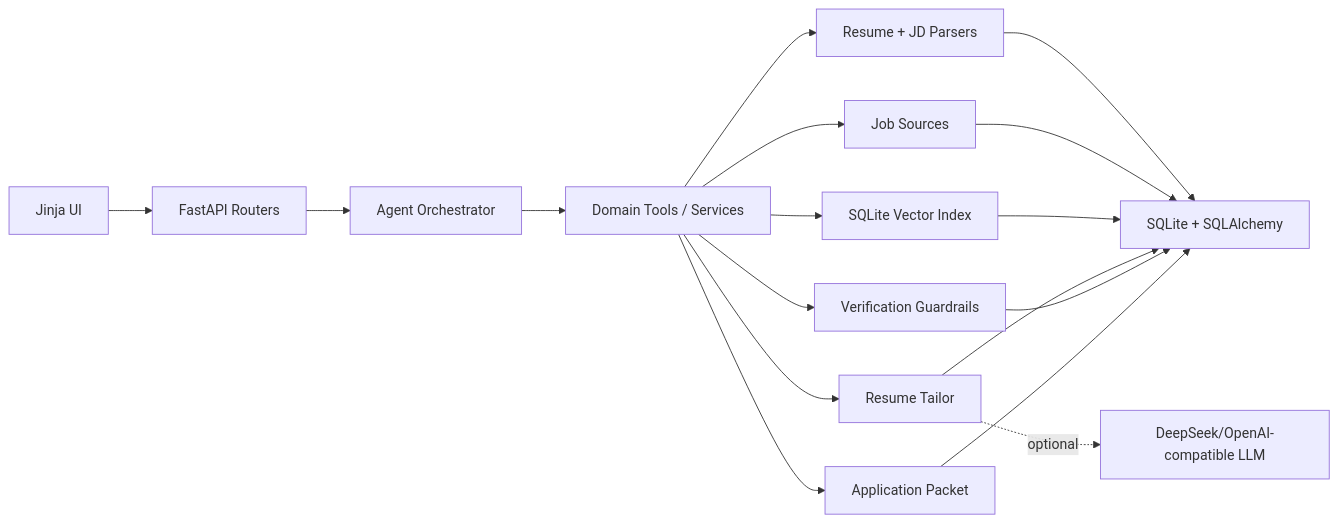
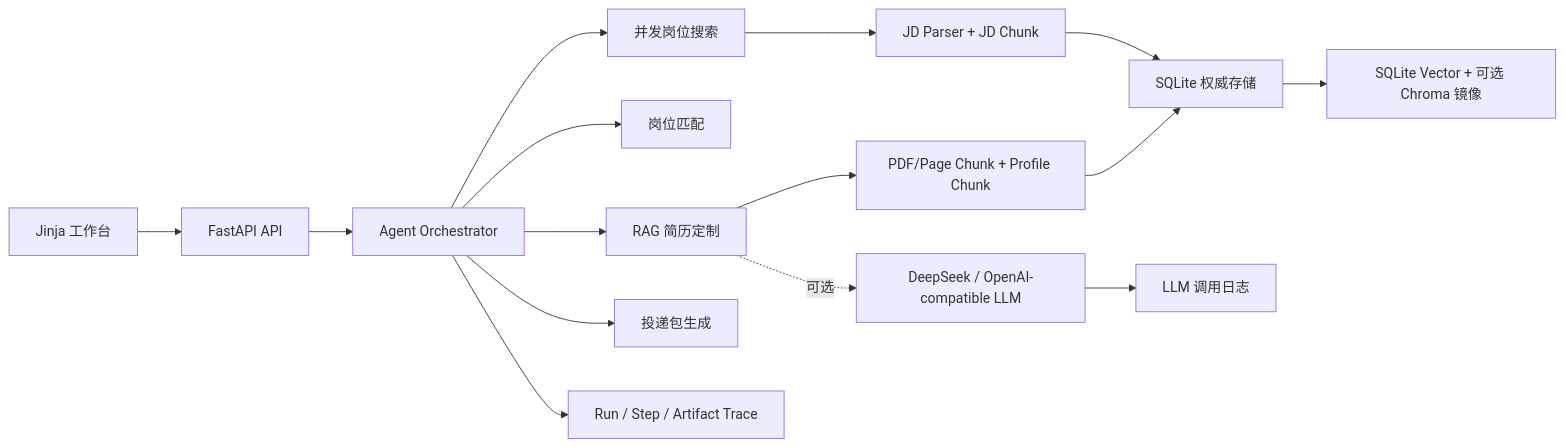
The diagram in README.md (Yonhen233/CareerAgent), drawn with Mermaid before and after one commit. The commit also changed other lines of this file and 29 other files, not shown here.

Commit message:
Enhance RAG architecture and Chinese docs

````diff
--- a/README.md
+++ b/README.md
@@ -25,19 +38,17 @@
 ```mermaid
 flowchart LR
-    UI["Jinja UI"] --> API["FastAPI Routers"]
+    UI["Jinja 工作台"] --> API["FastAPI API"]
     API --> Agent["Agent Orchestrator"]
-    Agent --> Tools["Domain Tools / Services"]
-    Tools --> Parser["Resume + JD Parsers"]
-    Tools --> Search["Job Sources"]
-    Tools --> RAG["SQLite Vector Index"]
-    Tools --> Tailor["Resume Tailor"]
-    Tools --> Guardrails["Verification Guardrails"]
-    Tools --> Apply["Application Packet"]
-    Parser --> DB["SQLite + SQLAlchemy"]
-    Search --> DB
-    RAG --> DB
-    Tailor --> DB
-    Guardrails --> DB
-    Apply --> DB
-    Tailor -. optional .-> LLM["DeepSeek/OpenAI-compatible LLM"]
+    Agent --> Search["并发岗位搜索"]
+    Agent --> Match["岗位匹配"]
+    Agent --> Tailor["RAG 简历定制"]
+    Agent --> Apply["投递包生成"]
+    Search --> JD["JD Parser + JD Chunk"]
+    Tailor --> Resume["PDF/Page Chunk + Profile Chunk"]
+    JD --> SQLite["SQLite 权威存储"]
+    Resume --> SQLite
+    SQLite --> Vector["SQLite Vector + 可选 Chroma 镜像"]
+    Tailor -.可选.-> LLM["DeepSeek / OpenAI-compatible LLM"]
+    LLM --> Debug["LLM 调用日志"]
+    Agent --> Trace["Run / Step / Artifact Trace"]
 ```
````
